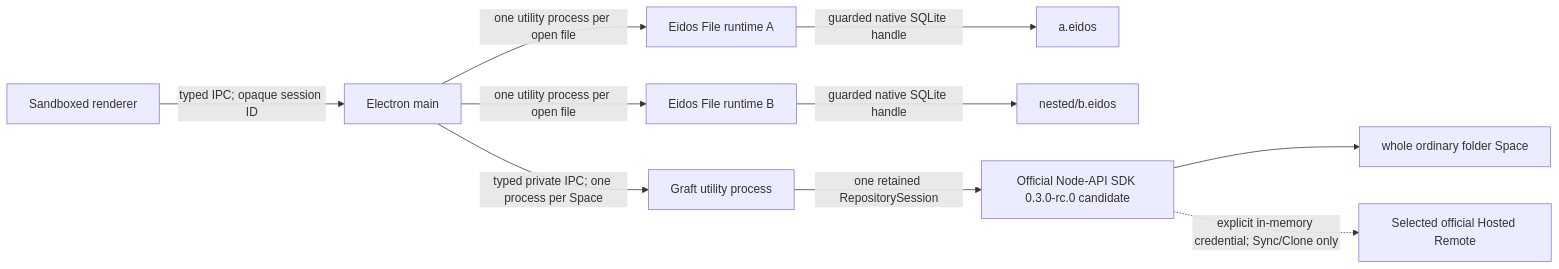
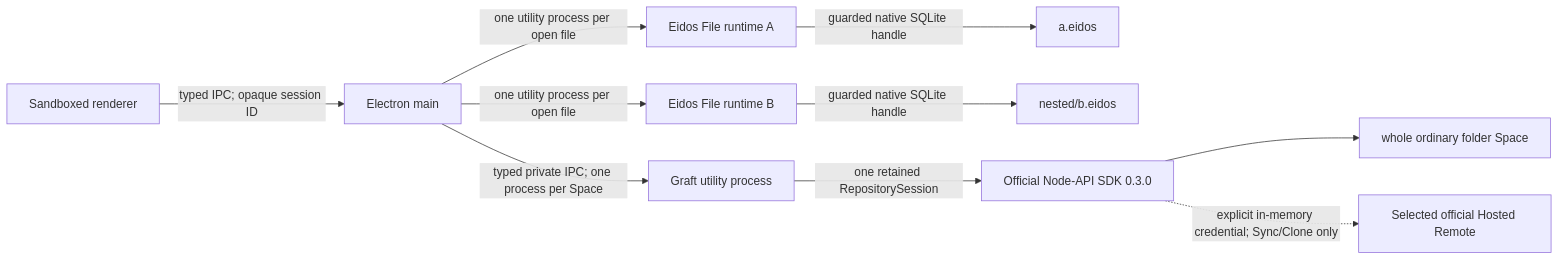
One commit to mayneyao/eidos changed the first of 2 diagrams in apps/eidos-lite-desktop/docs/ARCHITECTURE.md. Above: the diagram before and after it, drawn with Mermaid. The commit also changed other lines of this file and 17 other files, not shown here.

````diff
--- a/apps/eidos-lite-desktop/docs/ARCHITECTURE.md
+++ b/apps/eidos-lite-desktop/docs/ARCHITECTURE.md
@@ -59,12 +59,12 @@
 ```mermaid
 flowchart LR
   R["Sandboxed renderer"] -->|"typed IPC; opaque session ID"| M["Electron main"]
   M -->|"one utility process per open file"| F1["Eidos File runtime A"]
   M -->|"one utility process per open file"| F2["Eidos File runtime B"]
   F1 -->|"guarded native SQLite handle"| E1["a.eidos"]
   F2 -->|"guarded native SQLite handle"| E2["nested/b.eidos"]
   M -->|"typed private IPC; one process per Space"| G["Graft utility process"]
-  G -->|"one retained RepositorySession"| N["Official Node-API SDK 0.3.0-rc.0 candidate"]
+  G -->|"one retained RepositorySession"| N["Official Node-API SDK 0.3.0"]
   N --> S["whole ordinary folder Space"]
   N -. "explicit in-memory credential; Sync/Clone only" .-> H["Selected official Hosted Remote"]
 ```
````
